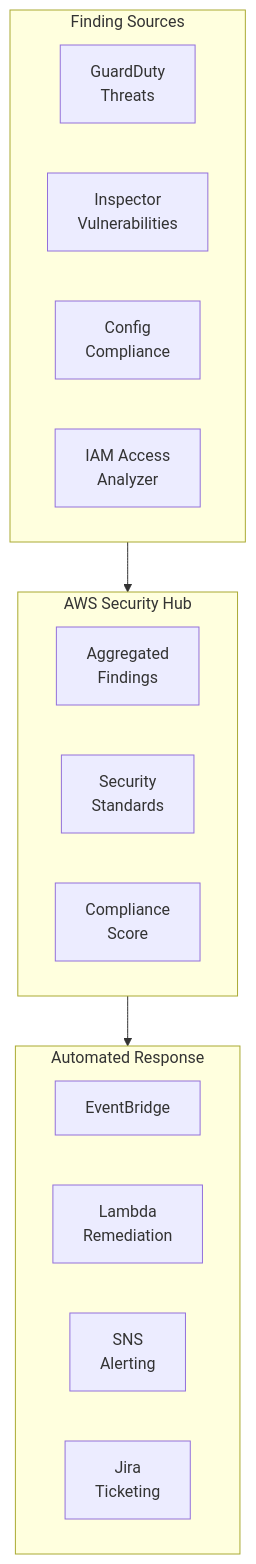
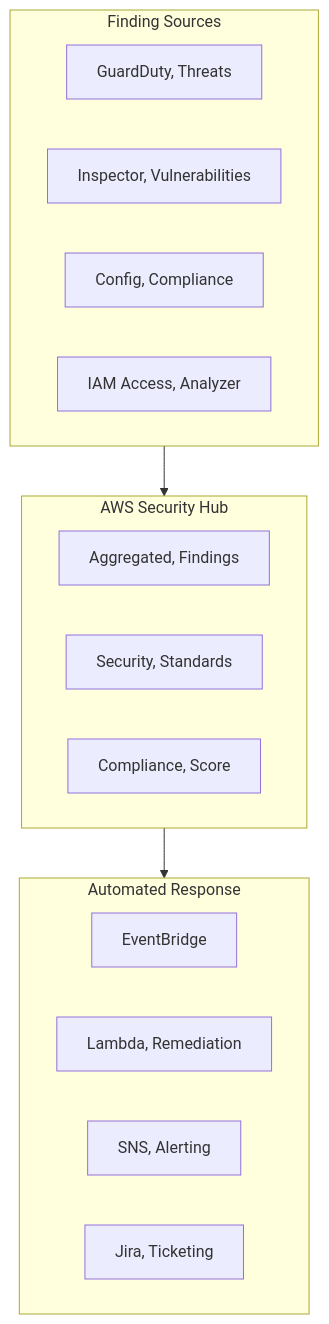
One commit to DeeptiShuklaProject/Uday_AWS changed the diagram in Chapter_45_AWS_Security_Hub.md. Above: the diagram before and after it, drawn with Mermaid. The commit also changed 34 other files, not shown here.

Commit message:
Fix mermaid diagrams syntax across all chapters (quote labels and remove HTML)

````diff
--- a/Chapter_45_AWS_Security_Hub.md
+++ b/Chapter_45_AWS_Security_Hub.md
@@ -98,25 +98,25 @@
 ```mermaid
 flowchart TD
     subgraph Sources["Finding Sources"]
-        GD[GuardDuty<br>Threats]
-        INS[Inspector<br>Vulnerabilities]
-        Config[Config<br>Compliance]
-        IAM[IAM Access<br>Analyzer]
+        GD["GuardDuty, Threats"]
+        INS["Inspector, Vulnerabilities"]
+        Config["Config, Compliance"]
+        IAM["IAM Access, Analyzer"]
     end
     
     subgraph SH["AWS Security Hub"]
-        Findings[Aggregated<br>Findings]
-        Standards[Security<br>Standards]
-        Score[Compliance<br>Score]
+        Findings["Aggregated, Findings"]
+        Standards["Security, Standards"]
+        Score["Compliance, Score"]
     end
     
     subgraph Actions["Automated Response"]
         EB[EventBridge]
-        Lambda[Lambda<br>Remediation]
-        SNS[SNS<br>Alerting]
-        Jira[Jira<br>Ticketing]
+        Lambda["Lambda, Remediation"]
+        SNS["SNS, Alerting"]
+        Jira["Jira, Ticketing"]
     end
     
     Sources --> SH
     SH --> Actions
 ```
````
